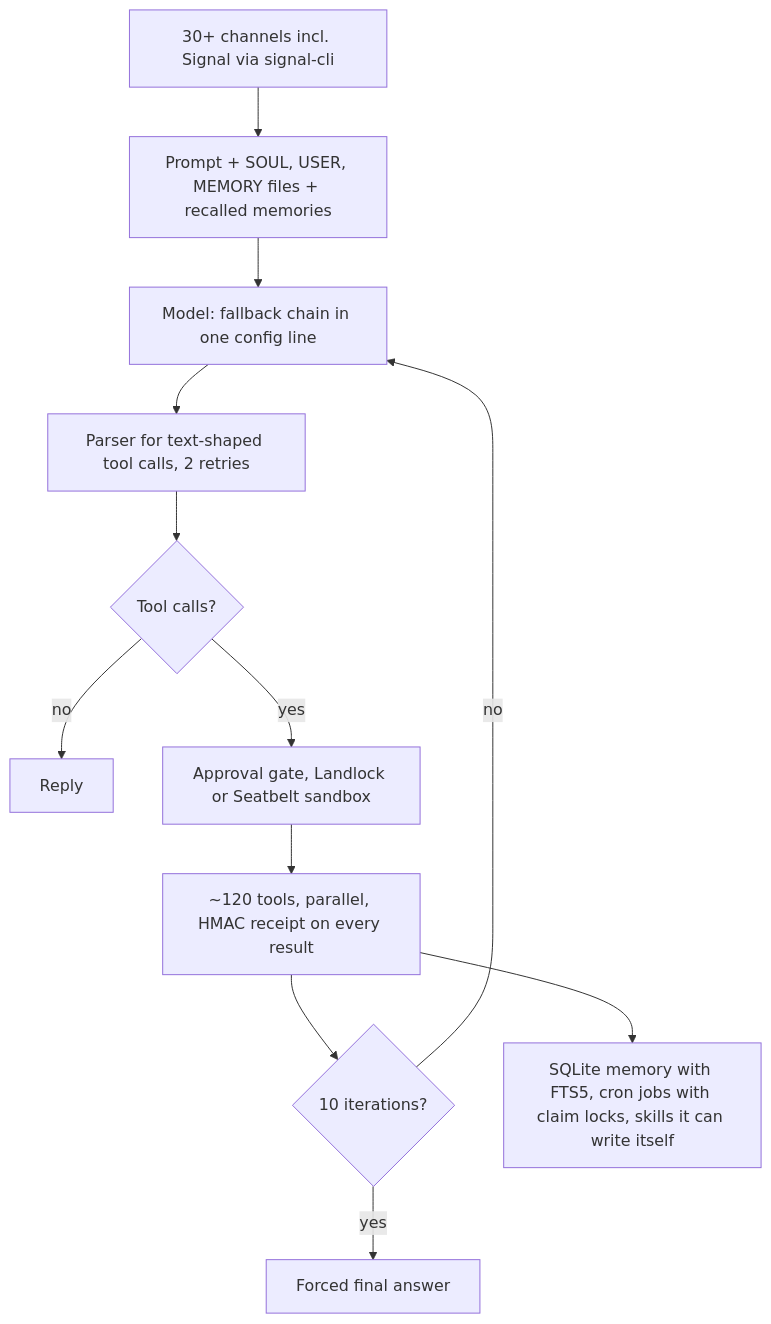
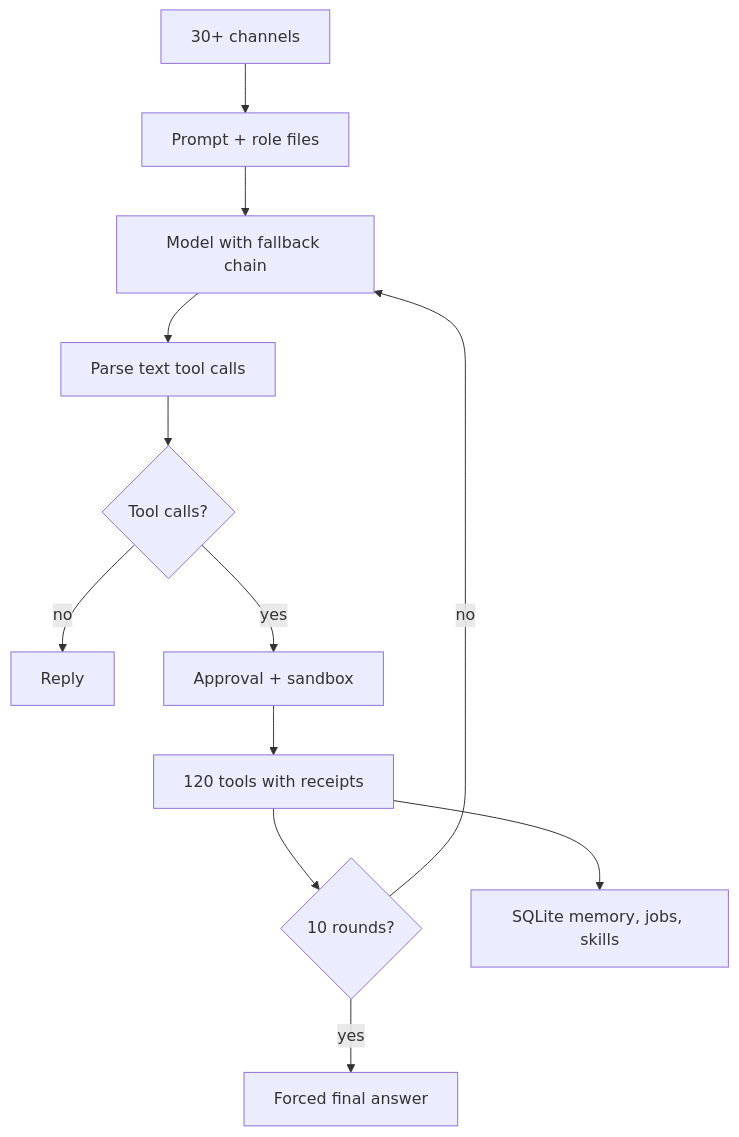
The fifth of 7 diagrams in docs/HARNESS_V2.md (JaredTate/nerdgenie), drawn with Mermaid before and after one commit. The commit also changed other lines of this file and 4 other files, not shown here.

Commit message:
Rewrite both documents in complete sentences; redraw all ten diagrams with short labels so nothing is clipped

````diff
--- a/docs/HARNESS_V2.md
+++ b/docs/HARNESS_V2.md
@@ -158,14 +164,14 @@
 ```mermaid
 flowchart TD
-  U["30+ channels incl. Signal via signal-cli"] --> C["Prompt + SOUL, USER, MEMORY files + recalled memories"]
-  C --> M["Model: fallback chain in one config line"]
-  M --> P["Parser for text-shaped tool calls, 2 retries"]
+  U["30+ channels"] --> C["Prompt + role files"]
+  C --> M["Model with fallback chain"]
+  M --> P["Parse text tool calls"]
   P --> K{"Tool calls?"}
   K -->|"no"| F["Reply"]
-  K -->|"yes"| G["Approval gate, Landlock or Seatbelt sandbox"]
-  G --> T["~120 tools, parallel, HMAC receipt on every result"]
-  T --> Z{"10 iterations?"}
+  K -->|"yes"| G["Approval + sandbox"]
+  G --> T["120 tools with receipts"]
+  T --> Z{"10 rounds?"}
   Z -->|"no"| M
   Z -->|"yes"| B["Forced final answer"]
-  T --> S["SQLite memory with FTS5, cron jobs with claim locks, skills it can write itself"]
+  T --> S["SQLite memory, jobs, skills"]
 ```
````
